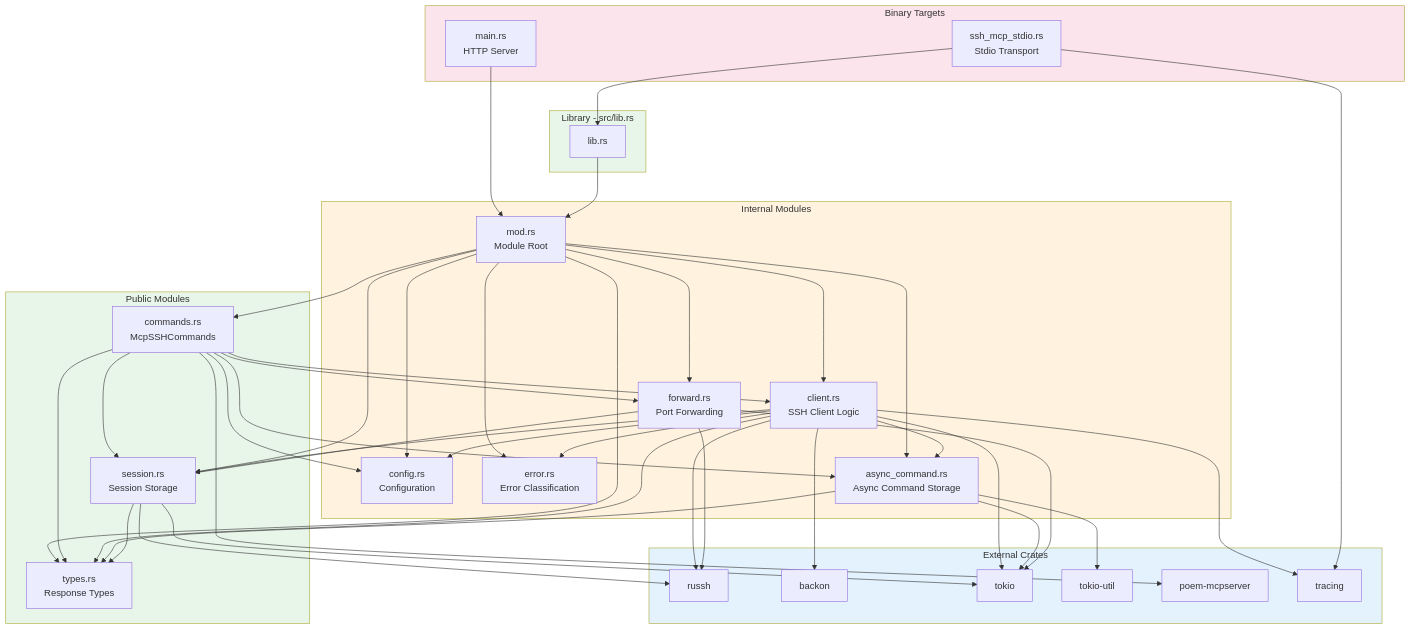
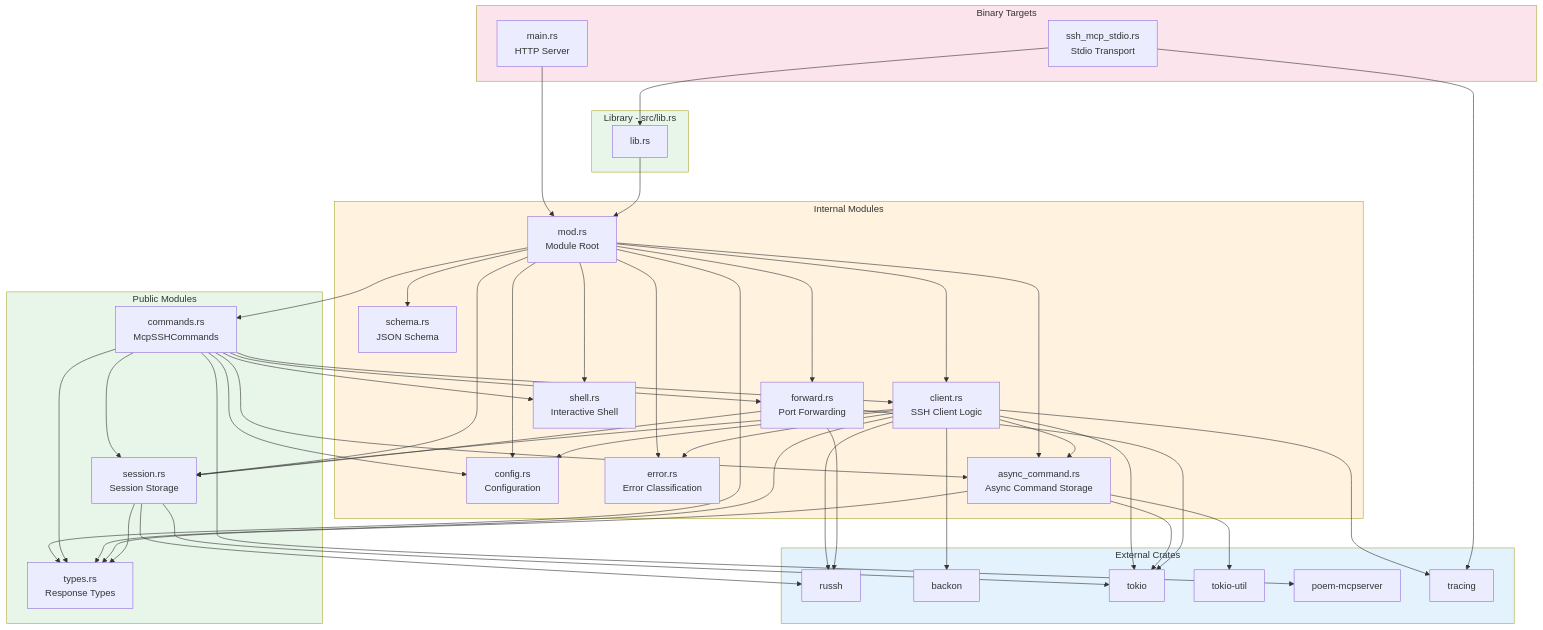
Before and after one commit to farchanjo/ssh-mcp: the second of 11 diagrams in docs/ARCHITECTURE.md, drawn with Mermaid. The commit also changed other lines of this file and 5 other files, not shown here.

First line of the commit message:
docs: update all documentation for interactive shell/PTY support

```diff
--- a/docs/ARCHITECTURE.md
+++ b/docs/ARCHITECTURE.md
@@ -243,6 +261,8 @@
         error["error.rs<br/>Error Classification"]
         forward["forward.rs<br/>Port Forwarding"]
         async_cmd["async_command.rs<br/>Async Command Storage"]
+        shell["shell.rs<br/>Interactive Shell"]
+        schema["schema.rs<br/>JSON Schema"]
         modrs["mod.rs<br/>Module Root"]
     end
 
@@ -267,6 +287,8 @@
     modrs --> error
     modrs --> forward
     modrs --> async_cmd
+    modrs --> shell
+    modrs --> schema
 
     commands --> client
     commands --> config
@@ -274,6 +296,7 @@
     commands --> types
     commands --> forward
     commands --> async_cmd
+    commands --> shell
     commands --> poem_mcp
 
     client --> config
```
